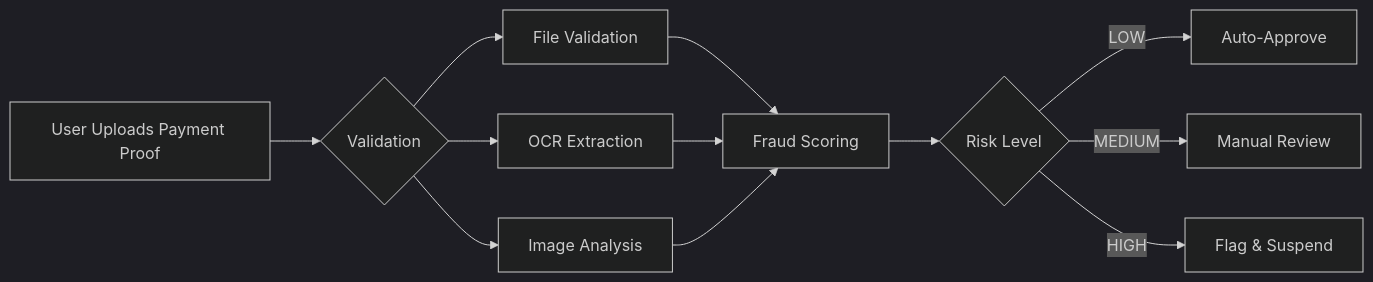
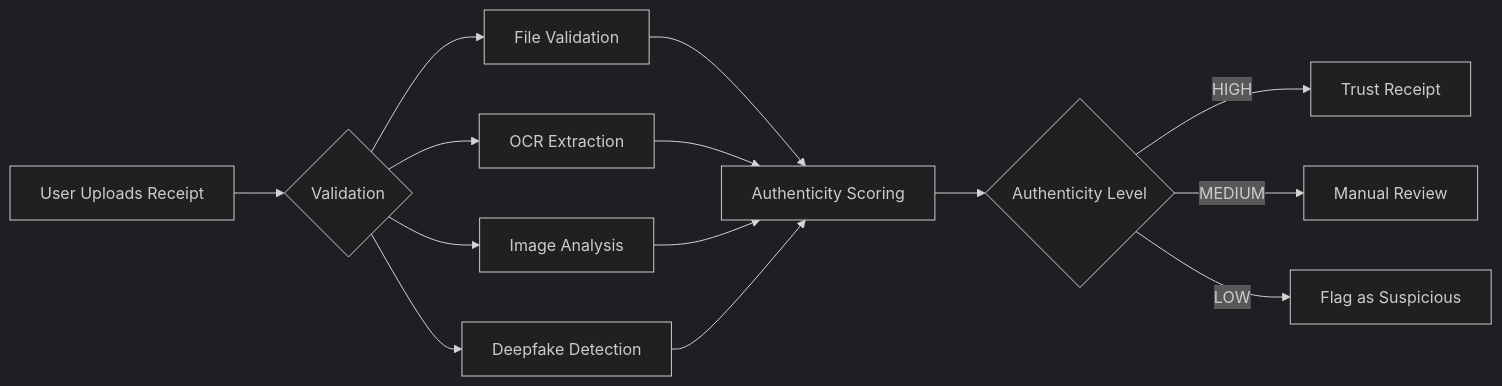
Before and after one commit to Therealratoshen/aman-ga: the first of 2 diagrams in README.md, drawn with Mermaid (dark theme). The commit also changed other lines of this file and 37 other files, not shown here.

````diff
--- a/README.md
+++ b/README.md
@@ -67,14 +67,16 @@
 ```mermaid
 graph LR
-    A[User Uploads Payment Proof] --> B{Validation}
+    A[User Uploads Receipt] --> B{Validation}
     B --> C[File Validation]
     B --> D[OCR Extraction]
     B --> E[Image Analysis]
-    C --> F[Fraud Scoring]
-    D --> F
-    E --> F
-    F --> G{Risk Level}
-    G -->|LOW| H[Auto-Approve]
-    G -->|MEDIUM| I[Manual Review]
-    G -->|HIGH| J[Flag & Suspend]
+    B --> F[Deepfake Detection]
+    C --> G[Authenticity Scoring]
+    D --> G
+    E --> G
+    F --> G
+    G --> H{Authenticity Level}
+    H -->|HIGH| I[Trust Receipt]
+    H -->|MEDIUM| J[Manual Review]
+    H -->|LOW| K[Flag as Suspicious]
 ```
````
